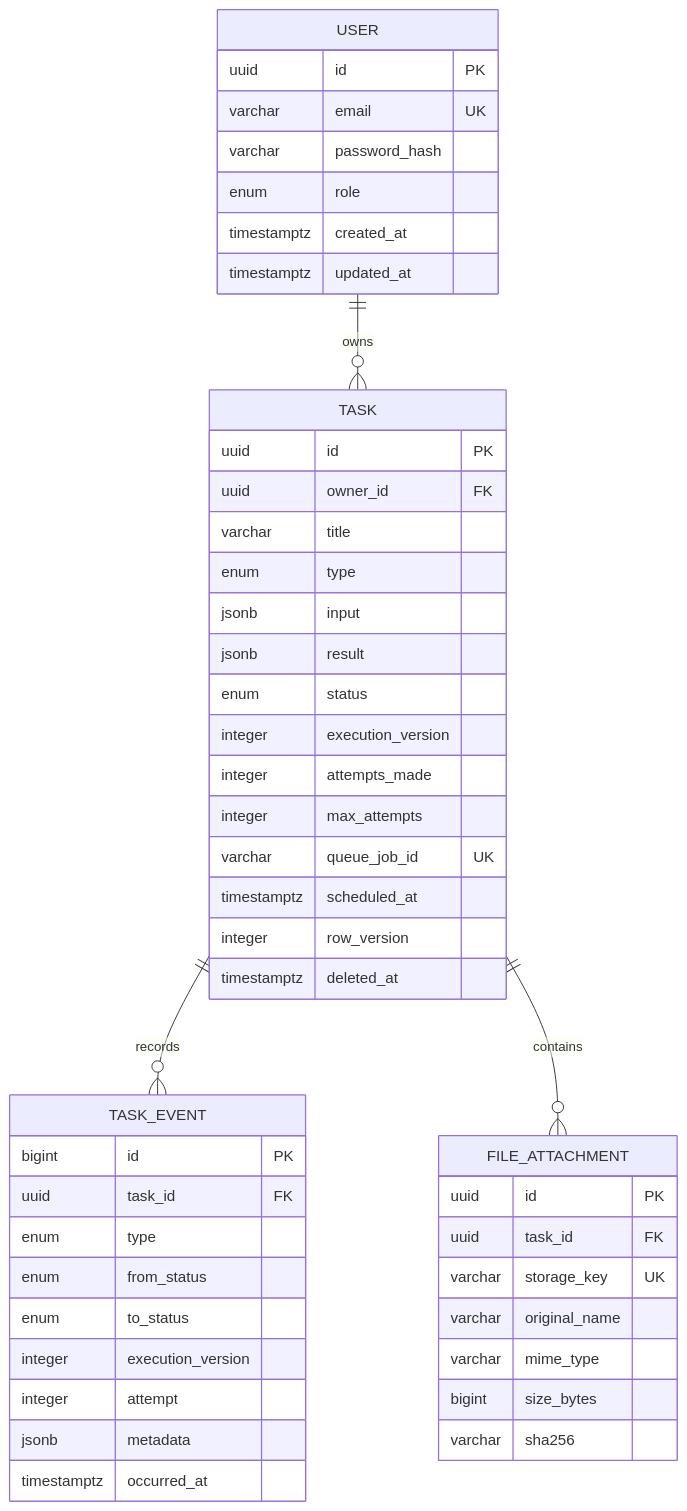
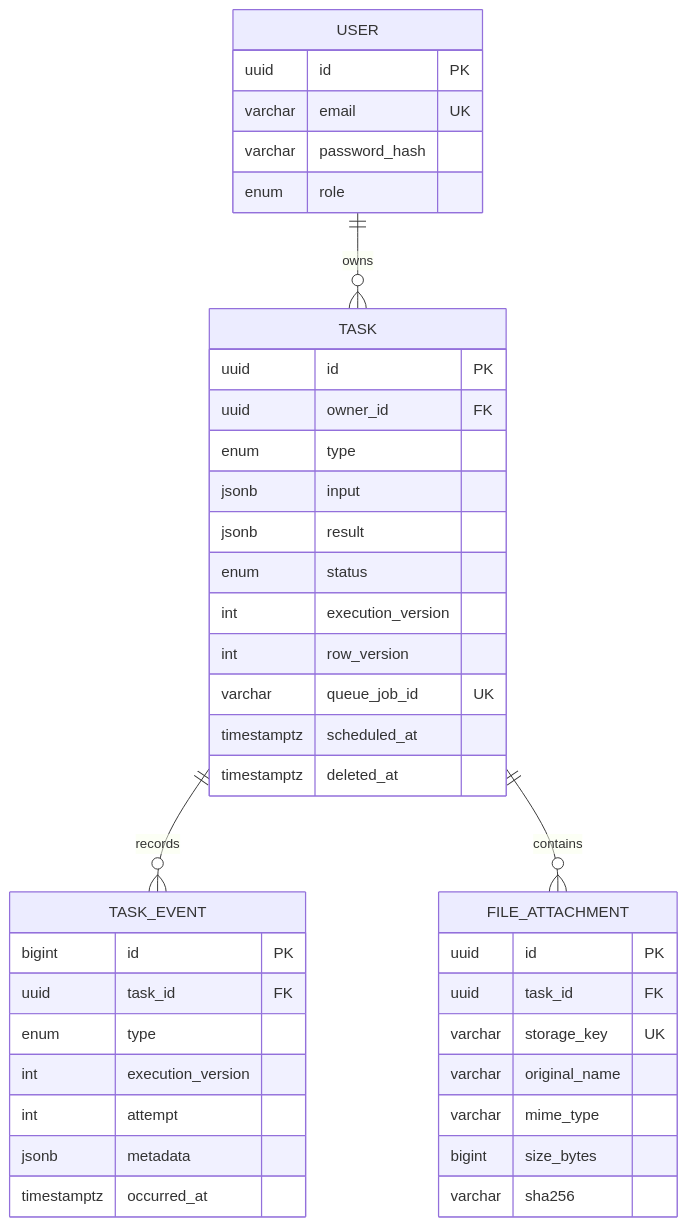
The diagram in docs/database.md (maadhav6677/Taskforge), drawn with Mermaid before and after one commit. The commit also changed other lines of this file and 10 other files, not shown here.

````diff
--- a/docs/database.md
+++ b/docs/database.md
@@ -13,51 +7,44 @@
 ```mermaid
 erDiagram
     USER ||--o{ TASK : owns
     TASK ||--o{ TASK_EVENT : records
     TASK ||--o{ FILE_ATTACHMENT : contains
 
     USER {
       uuid id PK
       varchar email UK
       varchar password_hash
       enum role
-      timestamptz created_at
-      timestamptz updated_at
     }
     TASK {
       uuid id PK
       uuid owner_id FK
-      varchar title
       enum type
       jsonb input
       jsonb result
       enum status
-      integer execution_version
-      integer attempts_made
-      integer max_attempts
+      int execution_version
+      int row_version
       varchar queue_job_id UK
       timestamptz scheduled_at
-      integer row_version
       timestamptz deleted_at
     }
     TASK_EVENT {
       bigint id PK
       uuid task_id FK
       enum type
-      enum from_status
-      enum to_status
-      integer execution_version
-      integer attempt
+      int execution_version
+      int attempt
       jsonb metadata
       timestamptz occurred_at
     }
     FILE_ATTACHMENT {
       uuid id PK
       uuid task_id FK
       varchar storage_key UK
       varchar original_name
       varchar mime_type
       bigint size_bytes
       varchar sha256
     }
 ```
````
